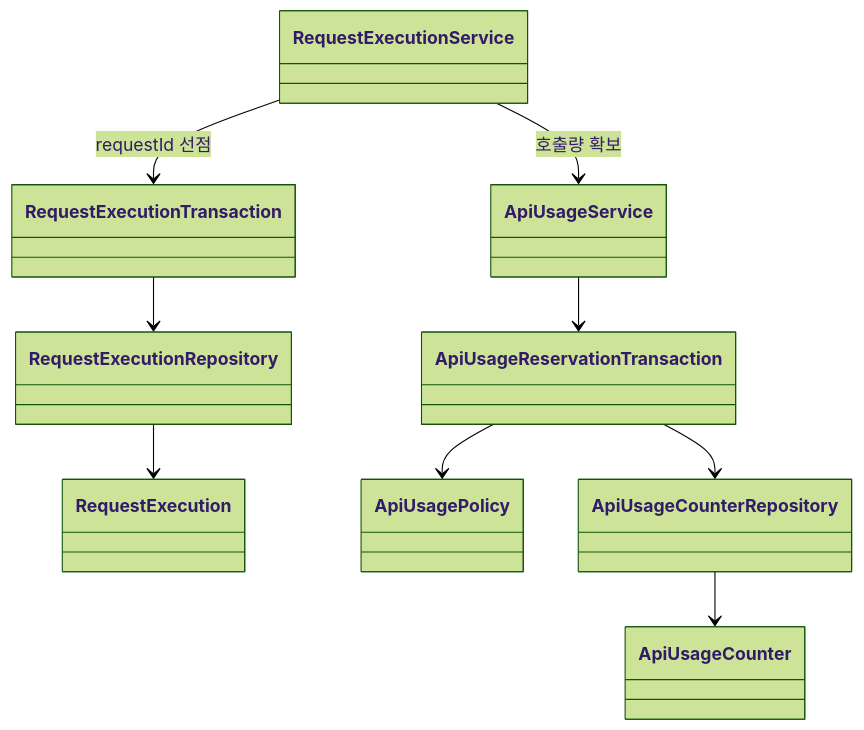
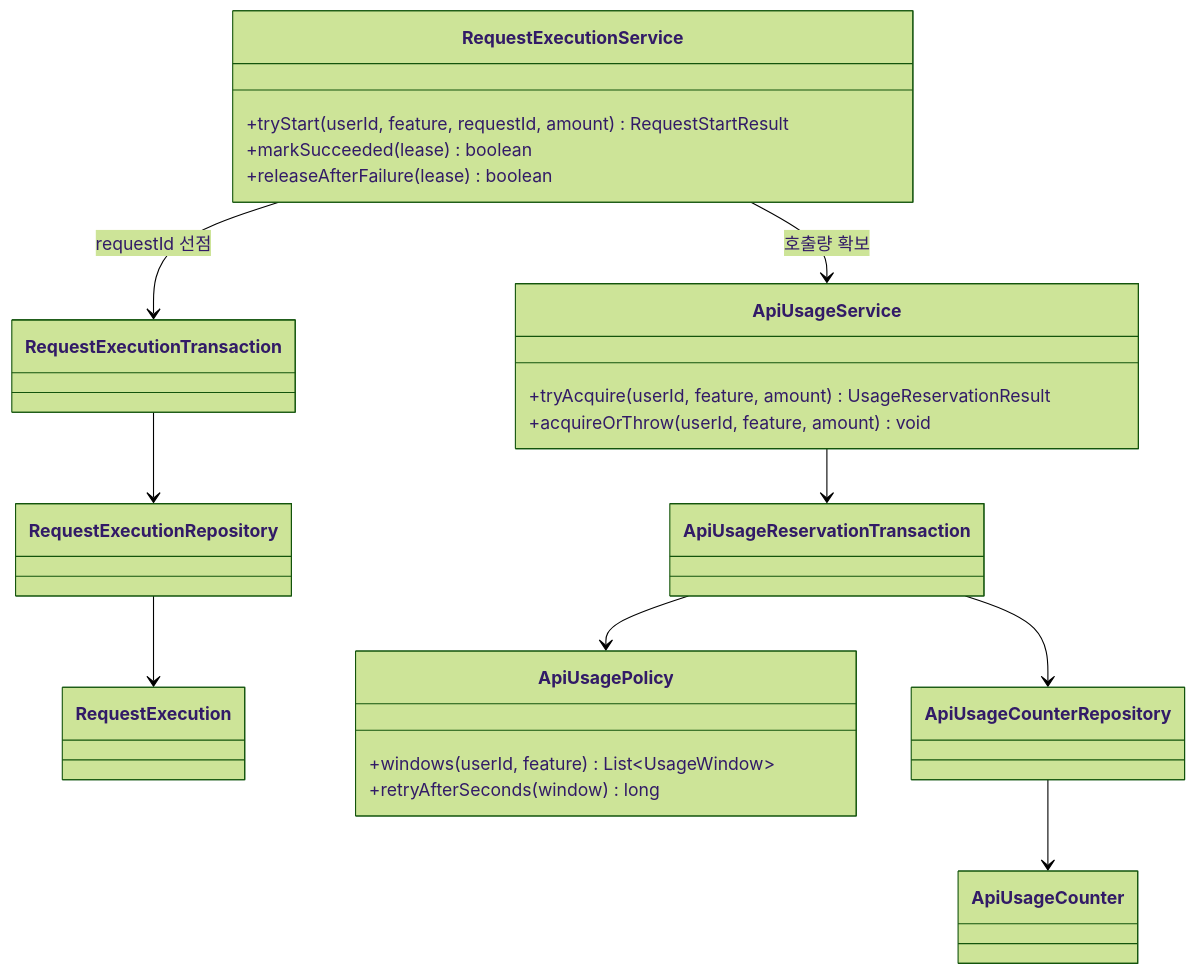
One commit to Nerororo/Project_AI_Travel_Assistant changed the second of 5 diagrams in README.md. Above: the diagram before and after it, drawn with Mermaid (forest theme). The commit also changed other lines of this file, not shown here.

````diff
--- a/README.md
+++ b/README.md
@@ -202,23 +217,33 @@
 ```mermaid
 classDiagram
 direction TB
 
-class RequestExecutionService
+class RequestExecutionService {
+  +tryStart(userId, feature, requestId, amount) RequestStartResult
+  +markSucceeded(lease) boolean
+  +releaseAfterFailure(lease) boolean
+}
 class RequestExecutionTransaction
 class RequestExecutionRepository
 class RequestExecution
-class ApiUsageService
+class ApiUsageService {
+  +tryAcquire(userId, feature, amount) UsageReservationResult
+  +acquireOrThrow(userId, feature, amount) void
+}
 class ApiUsageReservationTransaction
-class ApiUsagePolicy
+class ApiUsagePolicy {
+  +windows(userId, feature) List~UsageWindow~
+  +retryAfterSeconds(window) long
+}
 class ApiUsageCounterRepository
 class ApiUsageCounter
 
 RequestExecutionService --> RequestExecutionTransaction : requestId 선점
 RequestExecutionTransaction --> RequestExecutionRepository
 RequestExecutionRepository --> RequestExecution
 RequestExecutionService --> ApiUsageService : 호출량 확보
 ApiUsageService --> ApiUsageReservationTransaction
 ApiUsageReservationTransaction --> ApiUsagePolicy
 ApiUsageReservationTransaction --> ApiUsageCounterRepository
 ApiUsageCounterRepository --> ApiUsageCounter
 ```
````
